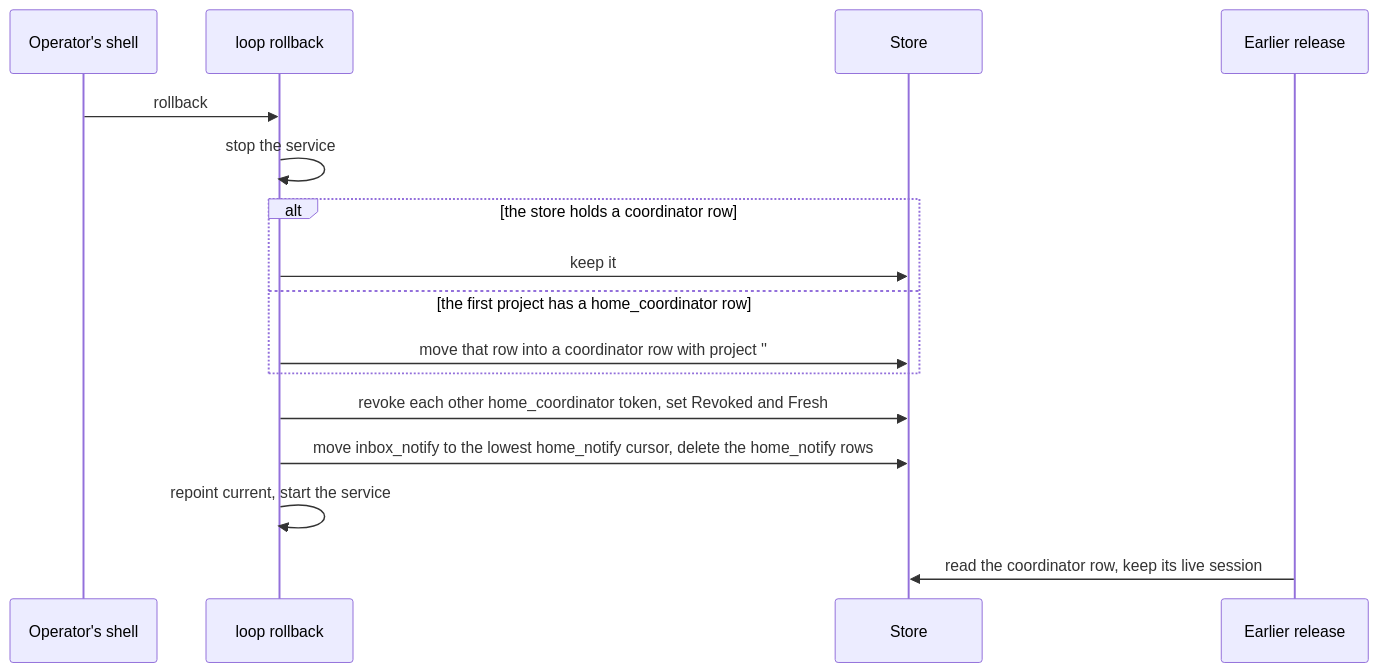
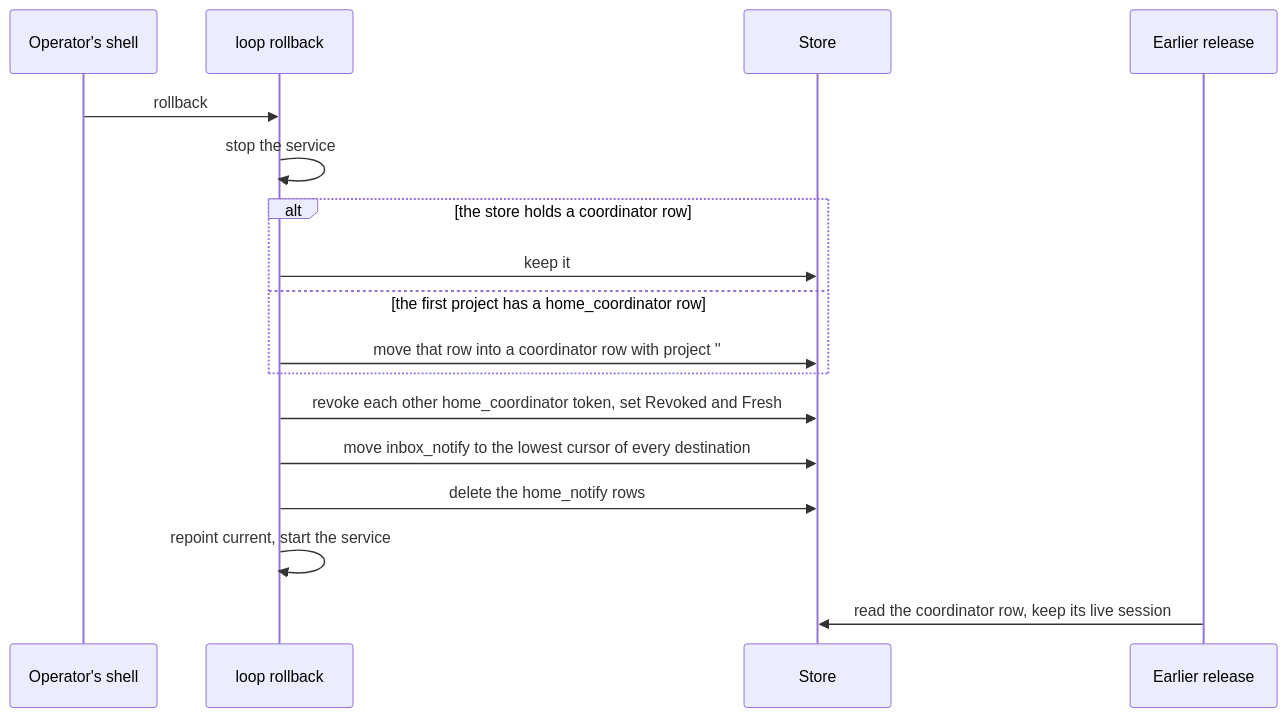
The sixth of 6 diagrams in docs/specs/factorio-1edo-project-home-coordinators-spec.md (iantanwx/factory), drawn with Mermaid before and after one commit. The commit also changed other lines of this file, not shown here.

````diff
--- a/docs/specs/factorio-1edo-project-home-coordinators-spec.md
+++ b/docs/specs/factorio-1edo-project-home-coordinators-spec.md
@@ -893,18 +900,19 @@
 ```mermaid
 sequenceDiagram
     participant O as Operator's shell
     participant R as loop rollback
     participant S as Store
     participant E as Earlier release
     O->>R: rollback
     R->>R: stop the service
     alt the store holds a coordinator row
         R->>S: keep it
     else the first project has a home_coordinator row
         R->>S: move that row into a coordinator row with project ''
     end
     R->>S: revoke each other home_coordinator token, set Revoked and Fresh
-    R->>S: move inbox_notify to the lowest home_notify cursor, delete the home_notify rows
+    R->>S: move inbox_notify to the lowest cursor of every destination
+    R->>S: delete the home_notify rows
     R->>R: repoint current, start the service
     E->>S: read the coordinator row, keep its live session
 ```
````
